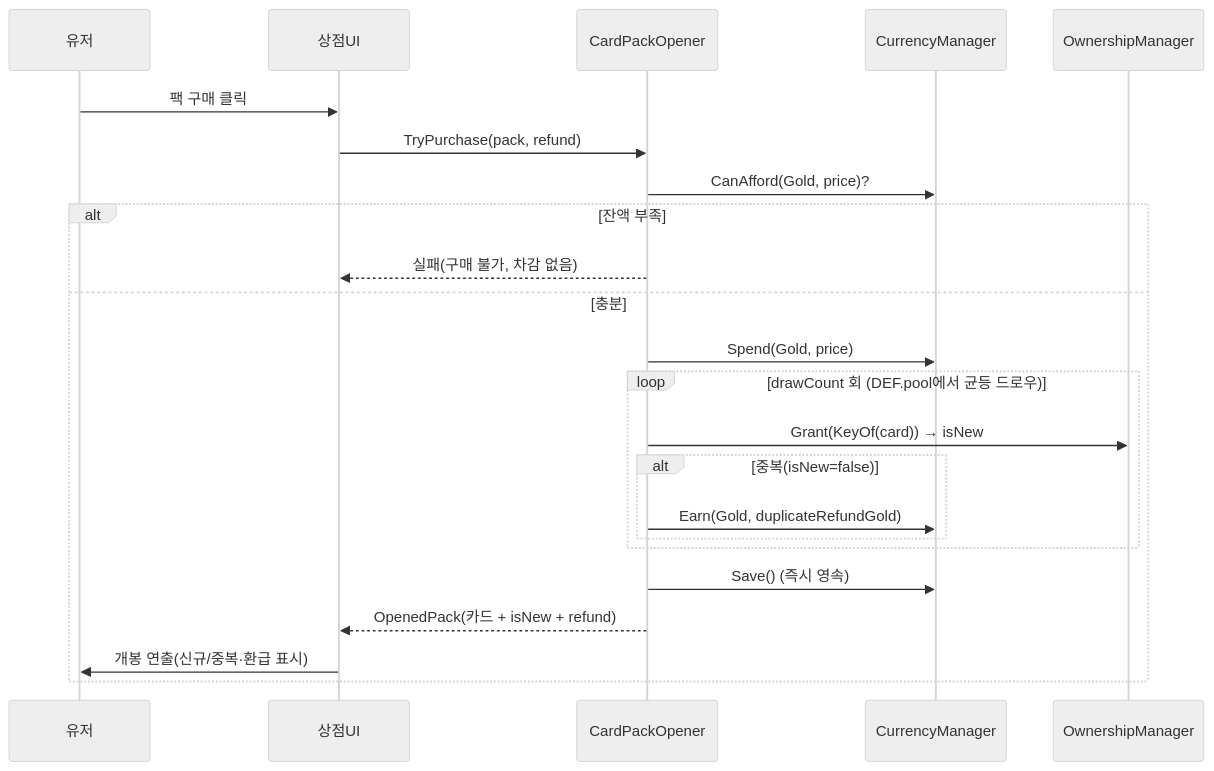
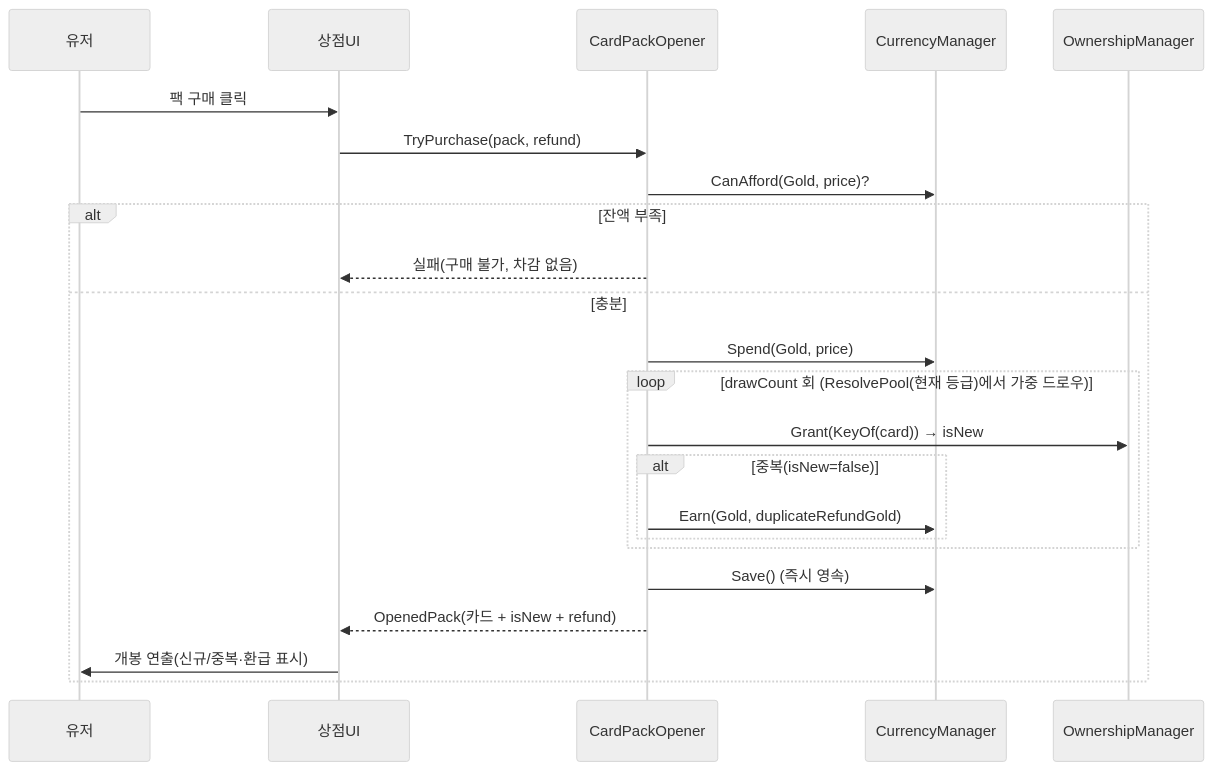
Before and after one commit to hspark-maker/TeamfightTCG_Migriation: the fifth of 19 diagrams in docs/OutGamePlan/STRUCTURE.md, drawn with Mermaid (neutral theme). The commit also changed other lines of this file and 43 other files, not shown here.

````diff
--- a/docs/OutGamePlan/STRUCTURE.md
+++ b/docs/OutGamePlan/STRUCTURE.md
@@ -172,26 +174,26 @@
 ```mermaid
 sequenceDiagram
     participant U as 유저
     participant SHOP as 상점UI
     participant SVC as CardPackOpener
     participant CUR as CurrencyManager
     participant OWN as OwnershipManager
 
     U->>SHOP: 팩 구매 클릭
     SHOP->>SVC: TryPurchase(pack, refund)
     SVC->>CUR: CanAfford(Gold, price)?
     alt 잔액 부족
         SVC-->>SHOP: 실패(구매 불가, 차감 없음)
     else 충분
         SVC->>CUR: Spend(Gold, price)
-        loop drawCount 회 (DEF.pool에서 균등 드로우)
+        loop drawCount 회 (ResolvePool(현재 등급)에서 가중 드로우)
             SVC->>OWN: Grant(KeyOf(card)) → isNew
             alt 중복(isNew=false)
                 SVC->>CUR: Earn(Gold, duplicateRefundGold)
             end
         end
         SVC->>CUR: Save() (즉시 영속)
         SVC-->>SHOP: OpenedPack(카드 + isNew + refund)
         SHOP->>U: 개봉 연출(신규/중복·환급 표시)
     end
 ```
````
